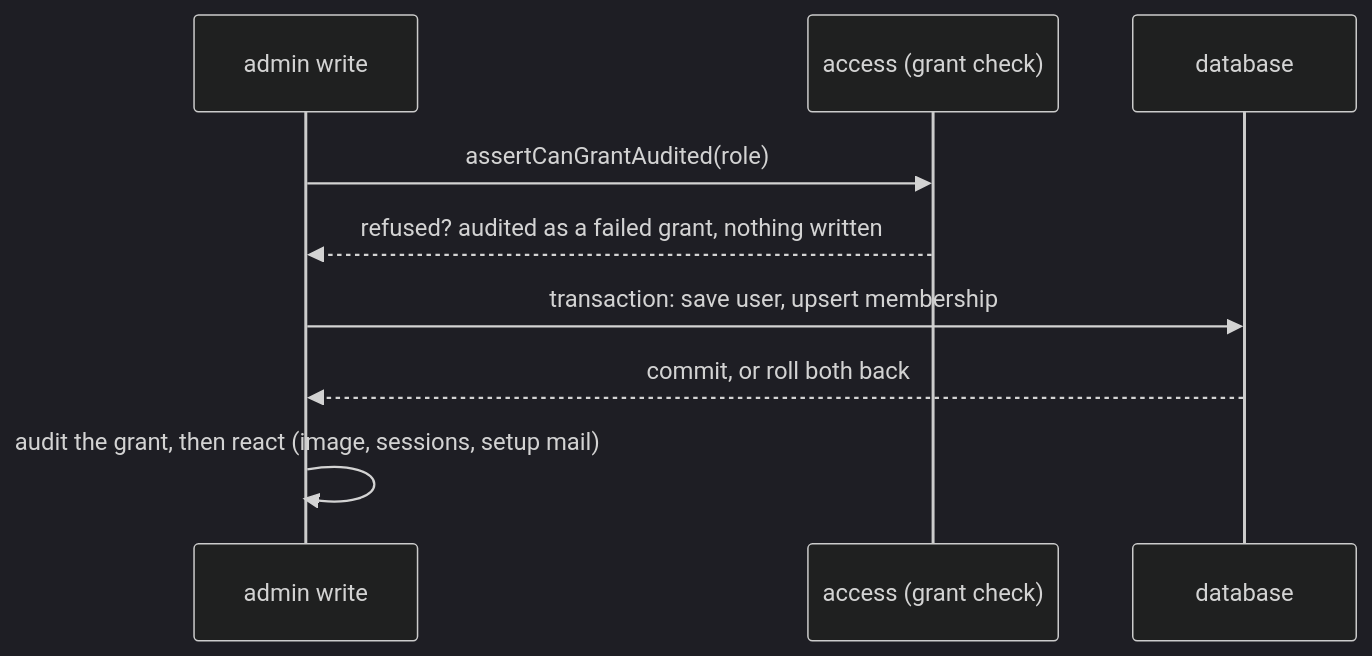
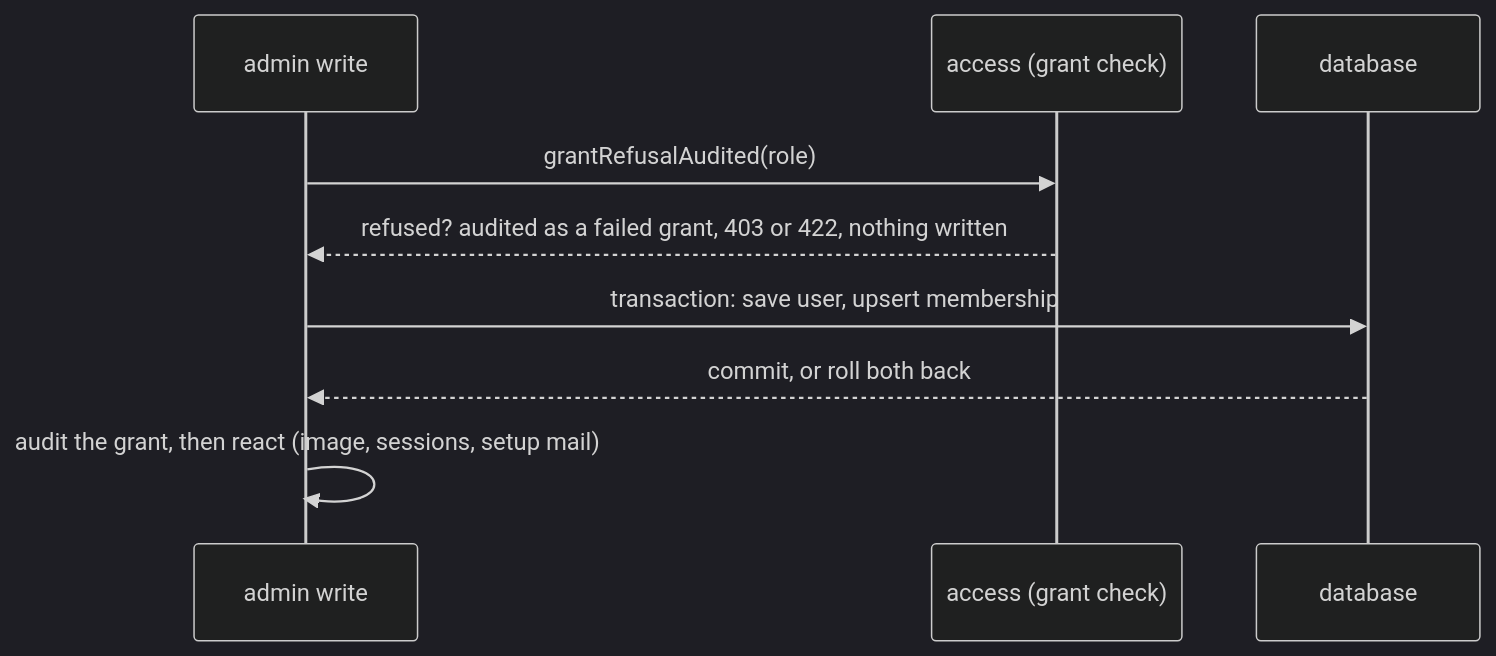
Before and after one commit to Guebbit/boilerplate-node-backend: the second of 2 diagrams in docs/modules/users.md, drawn with Mermaid (dark theme). The commit also changed 21 other files, not shown here.

First line of the commit message:
fix(users): a refused role grant answers 403 or 422, and removing a role asks for a fresh session

````diff
--- a/docs/modules/users.md
+++ b/docs/modules/users.md
@@ -104,11 +104,11 @@
 ```mermaid
 sequenceDiagram
     participant A as admin write
     participant X as access (grant check)
     participant D as database
-    A->>X: assertCanGrantAudited(role)
-    X-->>A: refused? audited as a failed grant, nothing written
+    A->>X: grantRefusalAudited(role)
+    X-->>A: refused? audited as a failed grant, 403 or 422, nothing written
     A->>D: transaction: save user, upsert membership
     D-->>A: commit, or roll both back
     A->>A: audit the grant, then react (image, sessions, setup mail)
 ```
````
